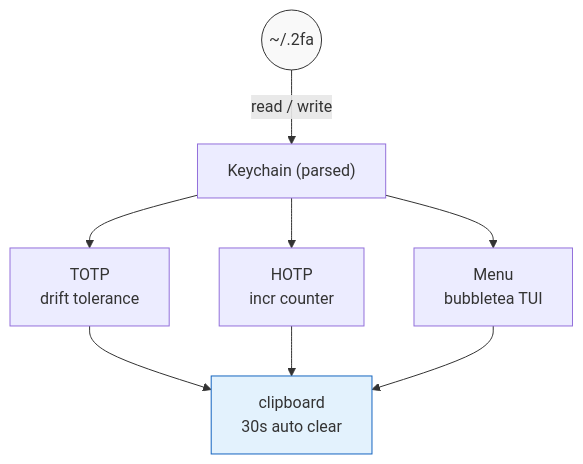
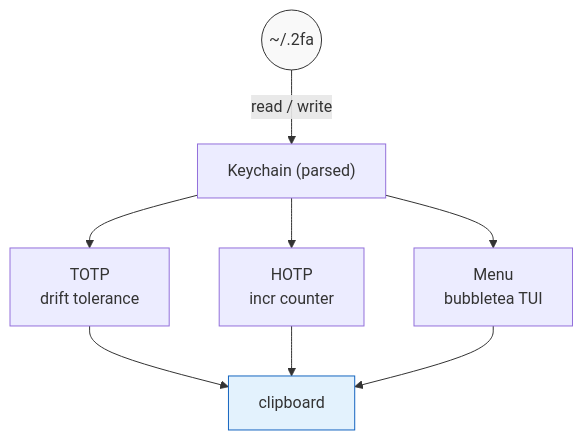
The diagram in README.md (pharrisee/2fa), drawn with Mermaid before and after one commit. The commit also changed other lines of this file and 2 other files, not shown here.

Commit message:
fix: remove clipboard auto-clear functionality from documentation and code

````diff
--- a/README.md
+++ b/README.md
@@ -197,14 +196,14 @@
 ```mermaid
 graph TD
     File(("~/.2fa"))
     File -->|read / write| Keychain["Keychain (parsed)"]
     Keychain --> TOTP["TOTP\ndrift tolerance"]
     Keychain --> HOTP["HOTP\nincr counter"]
     Keychain --> Menu["Menu\nbubbletea TUI"]
-    TOTP --> Clipboard["clipboard\n30s auto clear"]
+    TOTP --> Clipboard["clipboard"]
     HOTP --> Clipboard
     Menu --> Clipboard
 
     style File fill:#f9f9f9,stroke:#333
     style Clipboard fill:#e3f2fd,stroke:#1565c0
 ```
````
